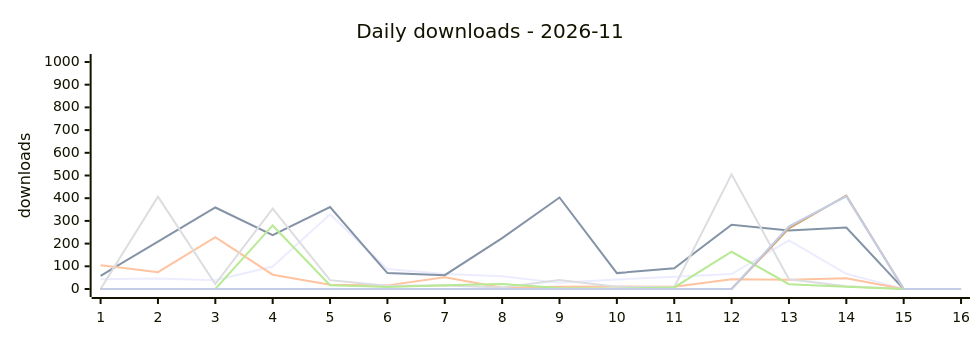
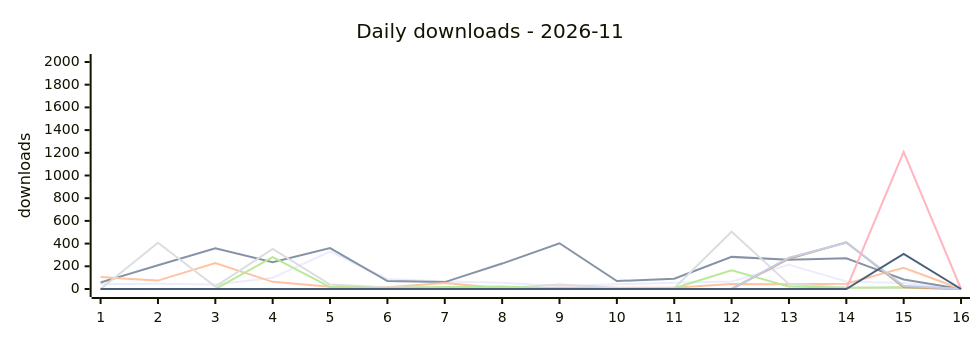
One commit to terry2010/npm-downloads-tracker changed the first of 2 diagrams in DASHBOARD.md. Above: the diagram before and after it, drawn with Mermaid. The commit also changed other lines of this file and 2 other files, not shown here.

Commit message:
chore: update npm downloads dashboard

````diff
--- a/DASHBOARD.md
+++ b/DASHBOARD.md
@@ -37,14 +35,16 @@
 ```mermaid
 %%{init: {'xyChart': {'width': 960, 'height': 320}}}%%
 xychart-beta
     title "Daily downloads - 2026-11"
     x-axis ["1", "2", "3", "4", "5", "6", "7", "8", "9", "10", "11", "12", "13", "14", "15", "16"]
-    y-axis "downloads" 0 --> 1000
-    line "dsh-loop-recover" [43, 46, 39, 99, 329, 88, 66, 56, 27, 42, 54, 66, 214, 67, 0, 0]
-    line "dsh-rss-news-daily" [58, 209, 359, 237, 361, 70, 61, 224, 403, 70, 91, 283, 258, 271, 0, 0]
-    line "opencode-loop-recover" [105, 74, 228, 63, 19, 16, 52, 6, 10, 11, 10, 43, 41, 47, 0, 0]
-    line "oc-market-quail-zephyr-72a0" [0, 407, 22, 354, 39, 14, 15, 7, 40, 10, 8, 505, 43, 12, 0, 0]
-    line "awesome-opencode-market" [0, 0, 0, 280, 17, 9, 17, 22, 4, 1, 7, 164, 21, 10, 0, 0]
-    line "surfbird" [0, 0, 0, 0, 0, 0, 0, 0, 0, 0, 0, 0, 267, 412, 0, 0]
-    line "surfbird-mcp" [0, 0, 0, 0, 0, 0, 0, 0, 0, 0, 0, 0, 276, 408, 0, 0]
+    y-axis "downloads" 0 --> 2000
+    line "dsh-loop-recover" [43, 46, 39, 99, 329, 88, 66, 56, 27, 42, 54, 66, 214, 67, 53, 0]
+    line "dsh-rss-news-daily" [58, 209, 359, 237, 361, 70, 61, 224, 403, 70, 91, 283, 258, 271, 84, 0]
+    line "opencode-loop-recover" [105, 74, 228, 63, 19, 16, 52, 6, 10, 11, 10, 43, 41, 47, 187, 0]
+    line "oc-market-quail-zephyr-72a0" [0, 407, 22, 354, 39, 14, 15, 7, 40, 10, 8, 505, 43, 12, 11, 0]
+    line "awesome-opencode-market" [0, 0, 0, 280, 17, 9, 17, 22, 4, 1, 7, 164, 21, 10, 15, 0]
+    line "surfbird" [0, 0, 0, 0, 0, 0, 0, 0, 0, 0, 0, 0, 267, 412, 16, 0]
+    line "surfbird-mcp" [0, 0, 0, 0, 0, 0, 0, 0, 0, 0, 0, 0, 276, 408, 28, 0]
+    line "dsh-control-surfbird-for-kitesurf" [0, 0, 0, 0, 0, 0, 0, 0, 0, 0, 0, 0, 0, 0, 1209, 0]
+    line "opencode-control-surfbird-for-kitesurf" [0, 0, 0, 0, 0, 0, 0, 0, 0, 0, 0, 0, 0, 0, 310, 0]
 ```
````
